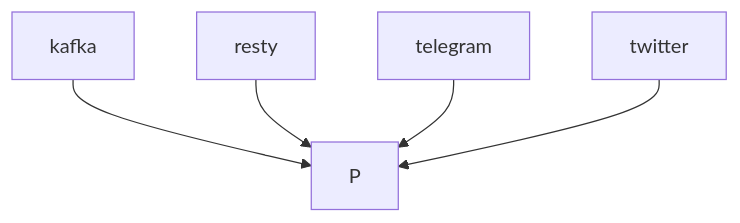
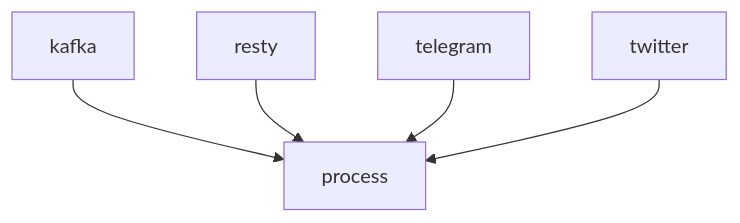
The diagram in README.md (livelace/gosquito), drawn with Mermaid before and after one commit.

Commit message:
mermaid experiment

````diff
--- a/README.md
+++ b/README.md
@@ -9,7 +9,7 @@
 ```mermaid
 graph TD;
-    A[kafka]-->P;
-    B[resty]-->P;
-    C[telegram]-->P;
-    D[twitter]-->P;
+    A[kafka]-->P[process];
+    B[resty]-->P[process];
+    C[telegram]-->P[process];
+    D[twitter]-->P[process];
 ```
````
